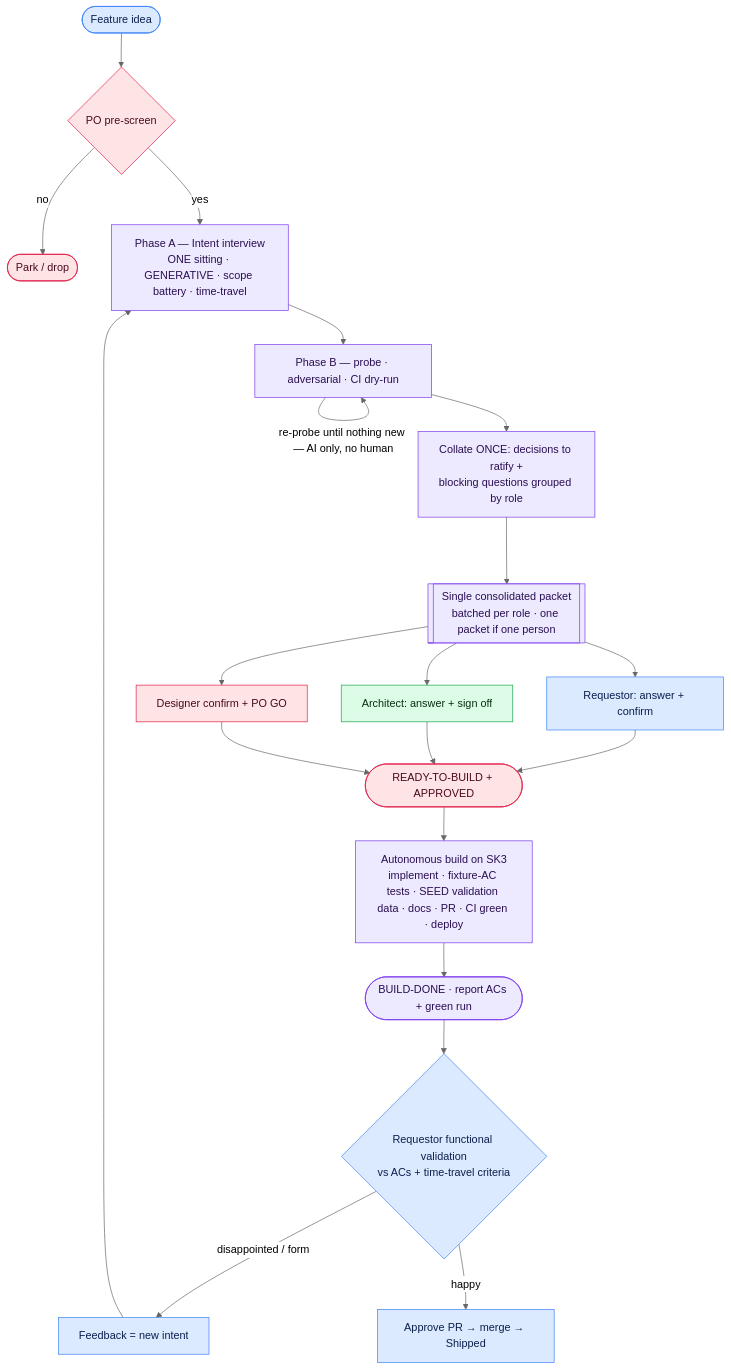
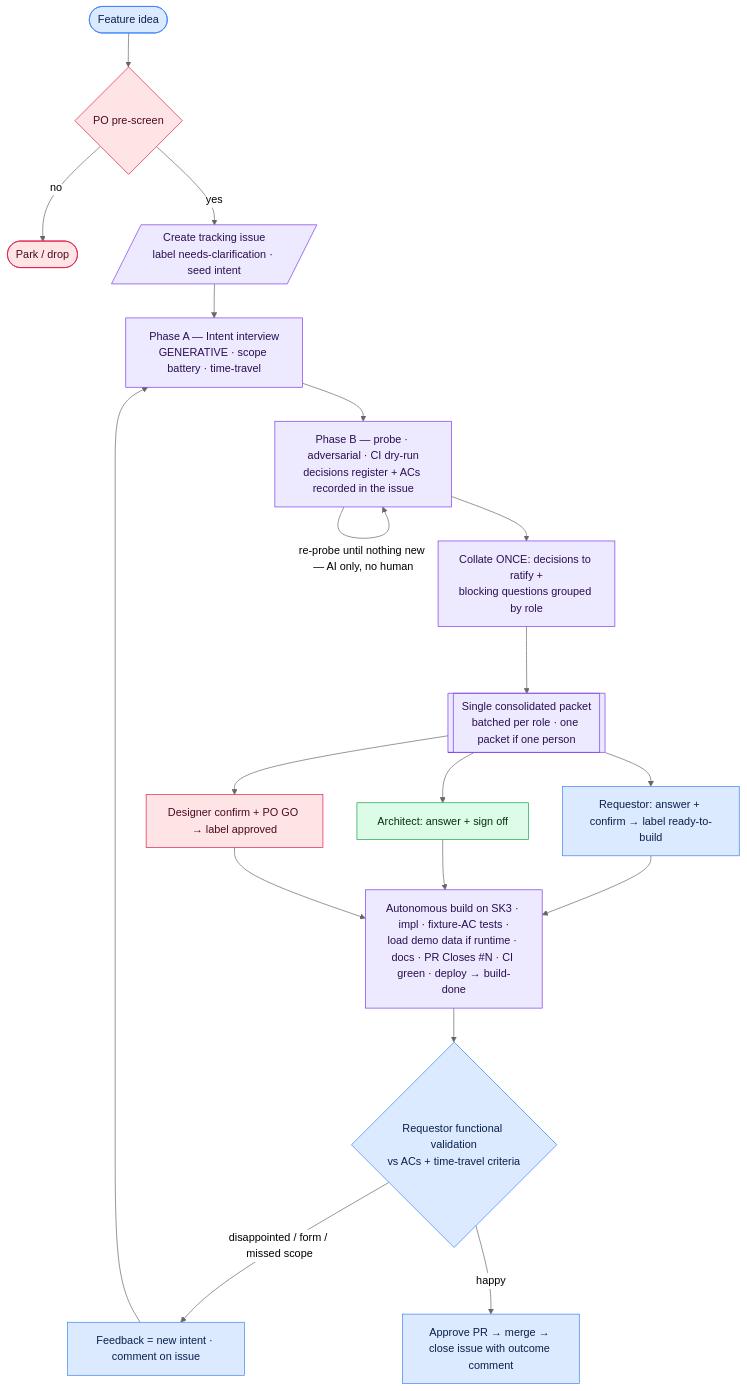
One commit to Fortigi/IdentityAtlas changed the diagram in docs/process/definition-of-ready.md. Above: the diagram before and after it, drawn with Mermaid (neutral theme). The commit also changed other lines of this file, not shown here.

First line of the commit message:
docs: Definition of Ready v3.3 — tracking issue as durable spine + demo-data validation

````diff
--- a/docs/process/definition-of-ready.md
+++ b/docs/process/definition-of-ready.md
@@ -11,27 +11,26 @@
 ```mermaid
 flowchart TD
   classDef req fill:#dbeafe,stroke:#3b82f6,color:#0b1f4d
   classDef ai fill:#ede9fe,stroke:#7c3aed,color:#2a0f52
   classDef arch fill:#dcfce7,stroke:#16a34a,color:#0a2e14
   classDef po fill:#ffe4e6,stroke:#e11d48,color:#4a0a1e
 
   start([Feature idea]):::req --> pre{PO pre-screen}:::po
   pre -->|no| drop([Park / drop]):::po
-  pre -->|yes| intv[Phase A — Intent interview<br/>ONE sitting · GENERATIVE · scope battery · time-travel]:::ai
-  intv --> probe[Phase B — probe · adversarial · CI dry-run]:::ai
+  pre -->|yes| issue[/Create tracking issue<br/>label needs-clarification · seed intent/]:::ai
+  issue --> intv[Phase A — Intent interview<br/>GENERATIVE · scope battery · time-travel]:::ai
+  intv --> probe[Phase B — probe · adversarial · CI dry-run<br/>decisions register + ACs recorded in the issue]:::ai
   probe -->|re-probe until nothing new — AI only, no human| probe
   probe --> collate[Collate ONCE: decisions to ratify +<br/>blocking questions grouped by role]:::ai
   collate --> packet[[Single consolidated packet<br/>batched per role · one packet if one person]]:::ai
-  packet --> c1[Requestor: answer + confirm]:::req
+  packet --> c1[Requestor: answer + confirm → label ready-to-build]:::req
   packet --> c2[Architect: answer + sign off]:::arch
-  packet --> c3[Designer confirm + PO GO]:::po
-  c1 --> rtb([READY-TO-BUILD + APPROVED]):::po
-  c2 --> rtb
-  c3 --> rtb
-  rtb --> build[Autonomous build on SK3<br/>implement · fixture-AC tests · SEED validation data · docs · PR · CI green · deploy]:::ai
-  build --> bd([BUILD-DONE · report ACs + green run]):::ai
-  bd --> val{Requestor functional validation<br/>vs ACs + time-travel criteria}:::req
-  val -->|disappointed / form| fb[Feedback = new intent]:::req
+  packet --> c3[Designer confirm + PO GO → label approved]:::po
+  c1 --> build
+  c2 --> build
+  c3 --> build[Autonomous build on SK3 · impl · fixture-AC tests ·<br/>load demo data if runtime · docs · PR Closes #N · CI green · deploy → build-done]:::ai
+  build --> val{Requestor functional validation<br/>vs ACs + time-travel criteria}:::req
+  val -->|disappointed / form / missed scope| fb[Feedback = new intent · comment on issue]:::req
   fb --> intv
-  val -->|happy| appr[Approve PR → merge → Shipped]:::req
+  val -->|happy| appr[Approve PR → merge → close issue with outcome comment]:::req
 ```
````
